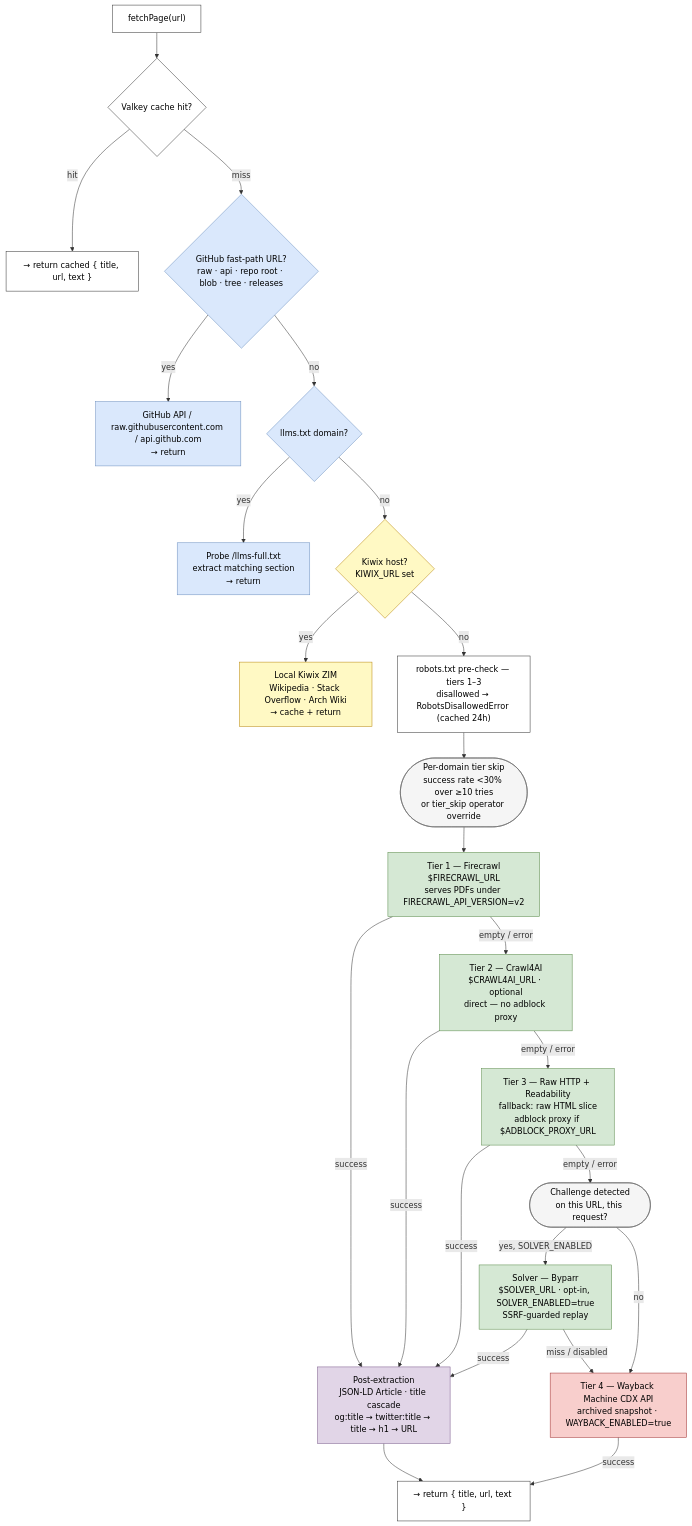
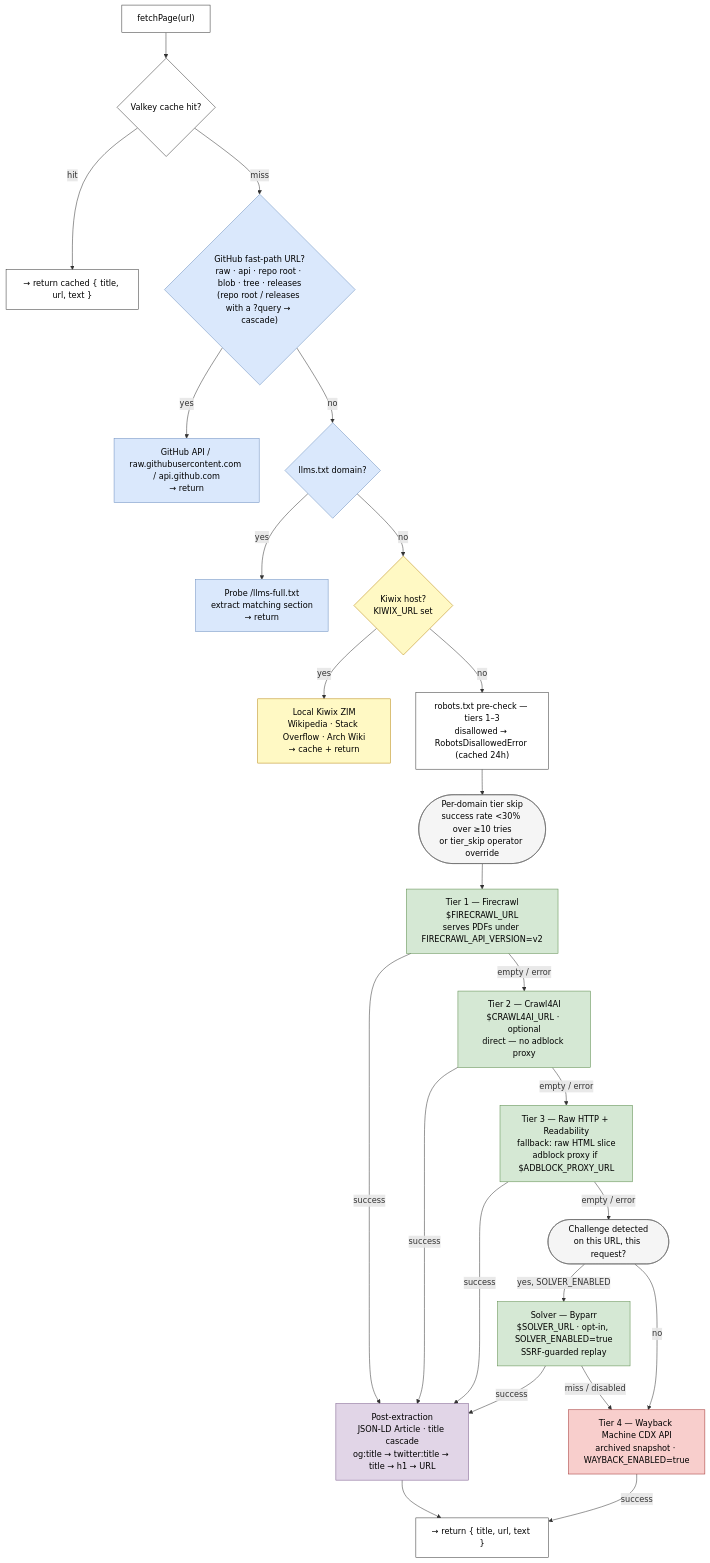
One commit to TadMSTR/searxng-mcp changed the diagram in README.md. Above: the diagram before and after it, drawn with Mermaid. The commit also changed other lines of this file and 1 other file, not shown here.

First line of the commit message:
docs: crawl_site path scope and GitHub fast-path labels for 3.31.0

````diff
--- a/README.md
+++ b/README.md
@@ -185,66 +185,66 @@
 ```mermaid
 flowchart TD
     entry["fetchPage(url)"]
     cache{"Valkey cache hit?"}
     cached["→ return cached { title, url, text }"]
-    github{"GitHub fast-path URL?\nraw · api · repo root · blob · tree · releases"}
+    github{"GitHub fast-path URL?\nraw · api · repo root · blob · tree · releases\n(repo root / releases with a ?query → cascade)"}
     gh_fetch["GitHub API / raw.githubusercontent.com / api.github.com\n→ return"]
     llms{"llms.txt domain?"}
     llms_fetch["Probe /llms-full.txt\nextract matching section\n→ return"]
     kiwix{"Kiwix host?\nKIWIX_URL set"}
     kiwix_fetch["Local Kiwix ZIM\nWikipedia · Stack Overflow · Arch Wiki\n→ cache + return"]
     robots["robots.txt pre-check — tiers 1–3\ndisallowed → RobotsDisallowedError (cached 24h)"]
     tier_skip(["Per-domain tier skip\nsuccess rate &lt;30% over ≥10 tries\nor tier_skip operator override"])
     t1["Tier 1 — Firecrawl\n$FIRECRAWL_URL\nserves PDFs under FIRECRAWL_API_VERSION=v2"]
     t2["Tier 2 — Crawl4AI\n$CRAWL4AI_URL · optional\ndirect — no adblock proxy"]
     t3["Tier 3 — Raw HTTP + Readability\nfallback: raw HTML slice\nadblock proxy if $ADBLOCK_PROXY_URL"]
     challenge(["Challenge detected\non this URL, this request?"])
     solver["Solver — Byparr\n$SOLVER_URL · opt-in, SOLVER_ENABLED=true\nSSRF-guarded replay"]
     t4["Tier 4 — Wayback Machine CDX API\narchived snapshot · WAYBACK_ENABLED=true"]
     post["Post-extraction\nJSON-LD Article · title cascade\nog:title → twitter:title → title → h1 → URL"]
     result["→ return { title, url, text }"]
 
     entry --> cache
     cache -->|hit| cached
     cache -->|miss| github
     github -->|yes| gh_fetch
     github -->|no| llms
     llms -->|yes| llms_fetch
     llms -->|no| kiwix
     kiwix -->|yes| kiwix_fetch
     kiwix -->|no| robots
     robots --> tier_skip
     tier_skip --> t1
     t1 -->|success| post
     t1 -->|"empty / error"| t2
     t2 -->|success| post
     t2 -->|"empty / error"| t3
     t3 -->|success| post
     t3 -->|"empty / error"| challenge
     challenge -->|"yes, SOLVER_ENABLED"| solver
     challenge -->|no| t4
     solver -->|success| post
     solver -->|"miss / disabled"| t4
     t4 -->|success| result
     post --> result
 
     style entry fill:#ffffff,stroke:#333333,color:#000000
     style cache fill:#ffffff,stroke:#333333,color:#000000
     style cached fill:#ffffff,stroke:#333333,color:#000000
     style github fill:#dae8fc,stroke:#6c8ebf,color:#000000
     style gh_fetch fill:#dae8fc,stroke:#6c8ebf,color:#000000
     style llms fill:#dae8fc,stroke:#6c8ebf,color:#000000
     style llms_fetch fill:#dae8fc,stroke:#6c8ebf,color:#000000
     style kiwix fill:#fff9c4,stroke:#b8860b,color:#000000
     style kiwix_fetch fill:#fff9c4,stroke:#b8860b,color:#000000
     style robots fill:#ffffff,stroke:#333333,color:#000000
     style tier_skip fill:#f5f5f5,stroke:#666666,color:#000000
     style t1 fill:#d5e8d4,stroke:#5a8a4a,color:#000000
     style t2 fill:#d5e8d4,stroke:#5a8a4a,color:#000000
     style t3 fill:#d5e8d4,stroke:#5a8a4a,color:#000000
     style challenge fill:#f5f5f5,stroke:#666666,color:#000000
     style solver fill:#d5e8d4,stroke:#5a8a4a,color:#000000
     style t4 fill:#f8cecc,stroke:#a03030,color:#000000
     style post fill:#e1d5e7,stroke:#7a5a8a,color:#000000
     style result fill:#ffffff,stroke:#333333,color:#000000
 ```
````
